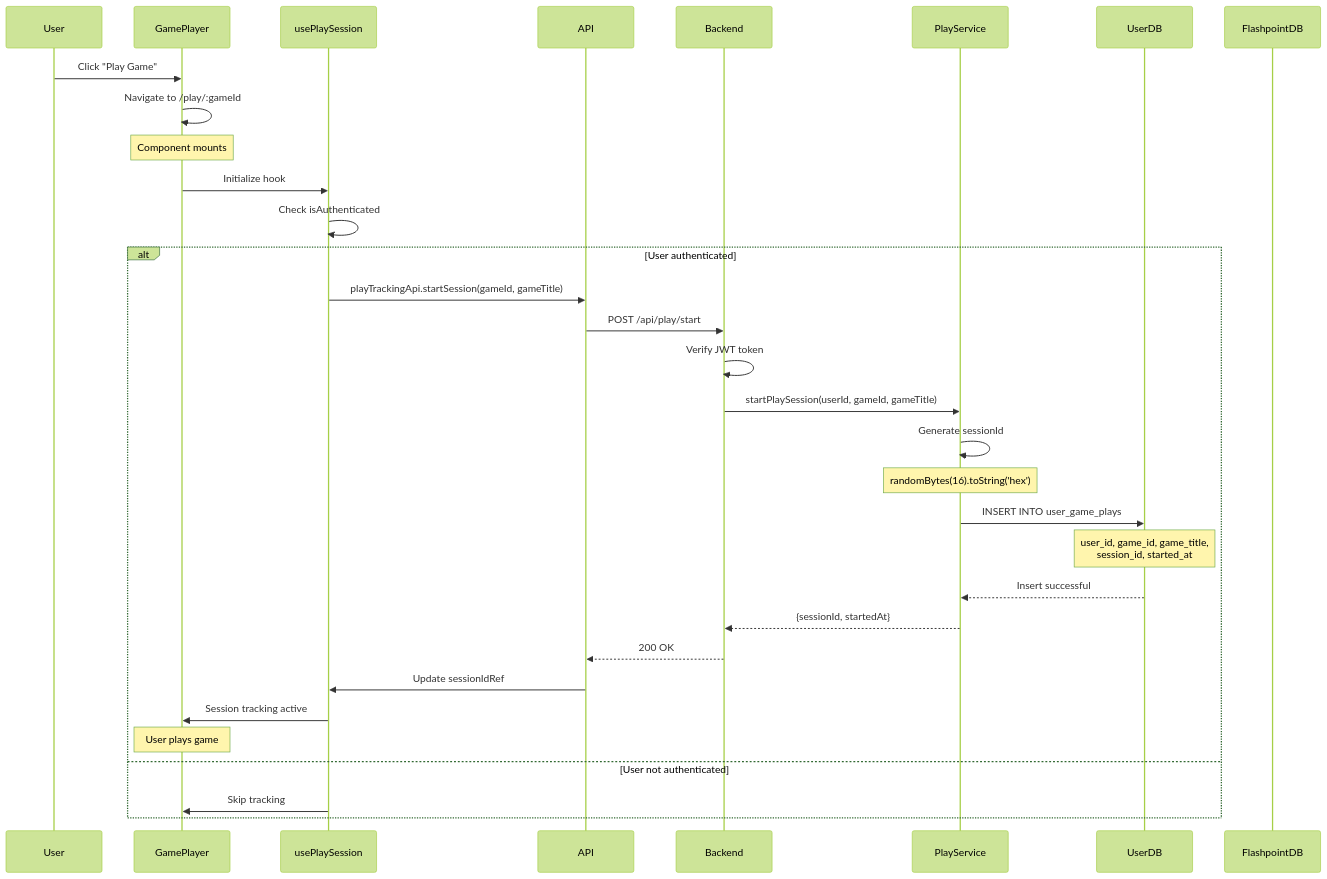
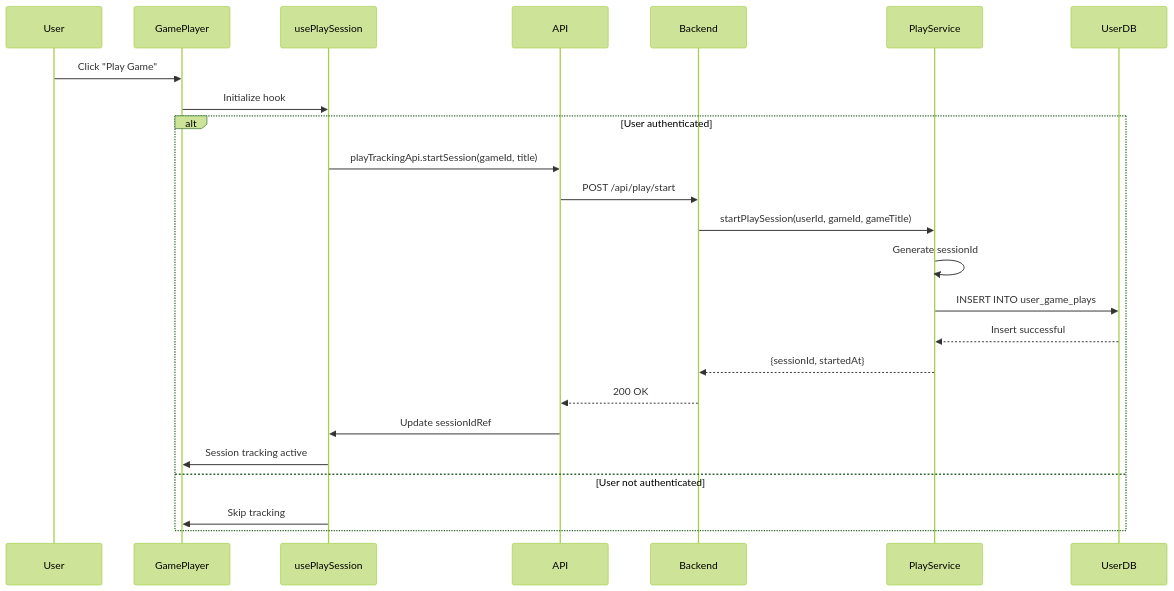
One commit to darkraise/flashpoint-web changed the second of 5 diagrams in docs/02-architecture/play-tracking-flow.md. Above: the diagram before and after it, drawn with Mermaid (forest theme). The commit also changed other lines of this file and 98 other files, not shown here.

````diff
--- a/docs/02-architecture/play-tracking-flow.md
+++ b/docs/02-architecture/play-tracking-flow.md
@@ -54,44 +52,30 @@
 ```mermaid
 sequenceDiagram
     participant User
     participant GamePlayer
     participant usePlaySession
     participant API
     participant Backend
     participant PlayService
     participant UserDB
-    participant FlashpointDB
 
     User->>GamePlayer: Click "Play Game"
-    GamePlayer->>GamePlayer: Navigate to /play/:gameId
-
-    Note over GamePlayer: Component mounts
-
     GamePlayer->>usePlaySession: Initialize hook
-    usePlaySession->>usePlaySession: Check isAuthenticated
 
     alt User authenticated
-        usePlaySession->>API: playTrackingApi.startSession(gameId, gameTitle)
+        usePlaySession->>API: playTrackingApi.startSession(gameId, title)
         API->>Backend: POST /api/play/start
 
-        Backend->>Backend: Verify JWT token
         Backend->>PlayService: startPlaySession(userId, gameId, gameTitle)
-
         PlayService->>PlayService: Generate sessionId
-        Note over PlayService: randomBytes(16).toString('hex')
-
         PlayService->>UserDB: INSERT INTO user_game_plays
-        Note over UserDB: user_id, game_id, game_title,<br/>session_id, started_at
 
         UserDB-->>PlayService: Insert successful
         PlayService-->>Backend: {sessionId, startedAt}
-
         Backend-->>API: 200 OK
         API->>usePlaySession: Update sessionIdRef
         usePlaySession->>GamePlayer: Session tracking active
-
-        Note over GamePlayer: User plays game
     else User not authenticated
         usePlaySession->>GamePlayer: Skip tracking
     end
 ```
````
